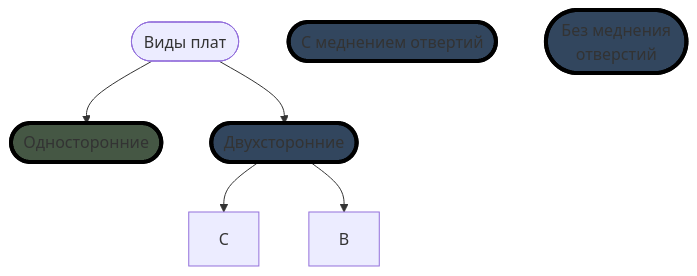
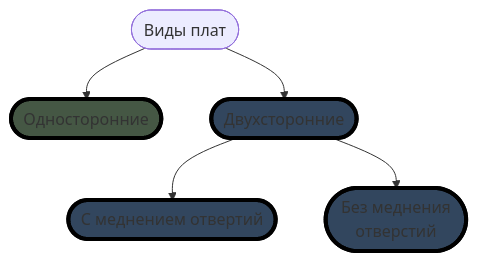
Before and after one commit to ufrs12/OLTA-RU: the third of 3 diagrams in README.md, drawn with Mermaid.

````diff
--- a/README.md
+++ b/README.md
@@ -67,21 +67,21 @@
 ```mermaid
 graph TD;
 classDef class1 fill:#544457, stroke:#000, stroke-width:4px
 classDef class2 fill:#32465e, stroke:#000, stroke-width:4px
 classDef class3 fill:#455744, stroke:#000, stroke-width:4px
 classDef class4 fill:#5e4832, stroke:#000, stroke-width:4px
 classDef class5 fill:#5e3332, stroke:#000, stroke-width:4px
 
     Z([Виды плат])
     A([Односторонние]):::class3
     B([Двухсторонние]):::class2
     C([С меднением отвертий]):::class2
     D([Без меднения
       отверстий]):::class2
     
     Z-->A;
     Z-->B;
 
-    B-->С;
-    B-->В;
+    B-->C;
+    B-->D;
 ```
````
